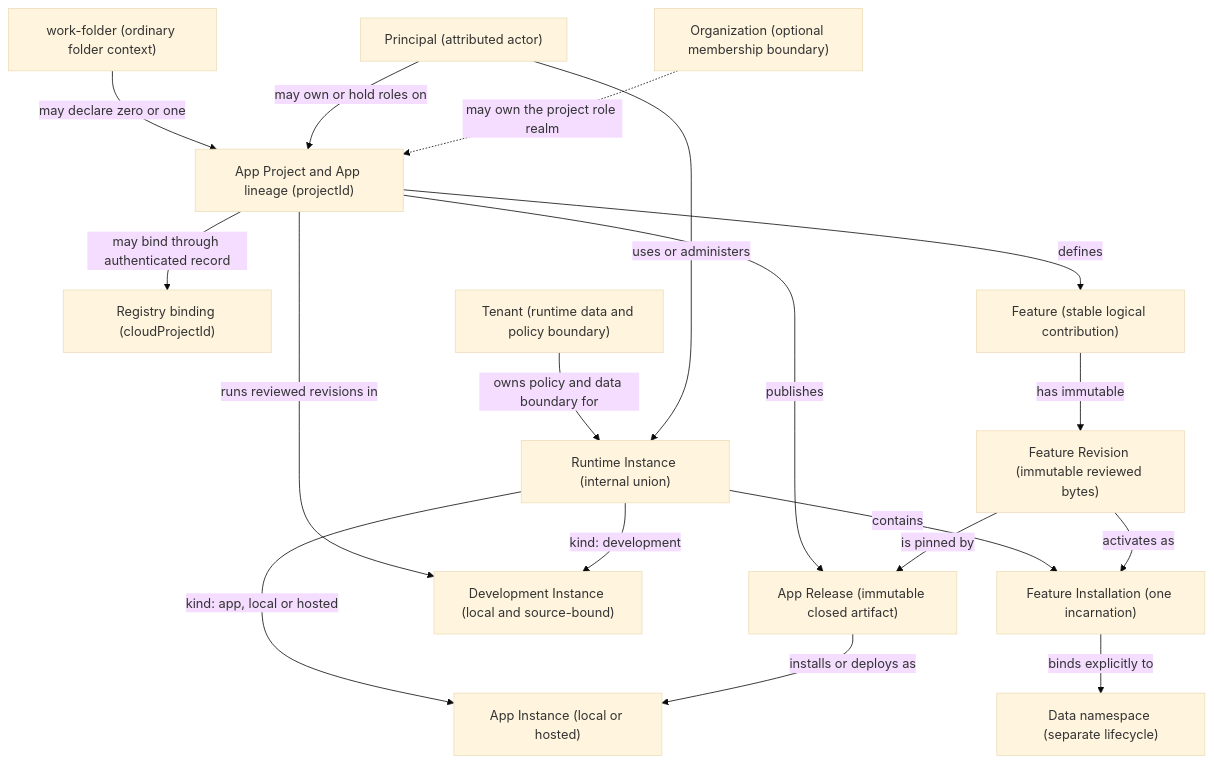
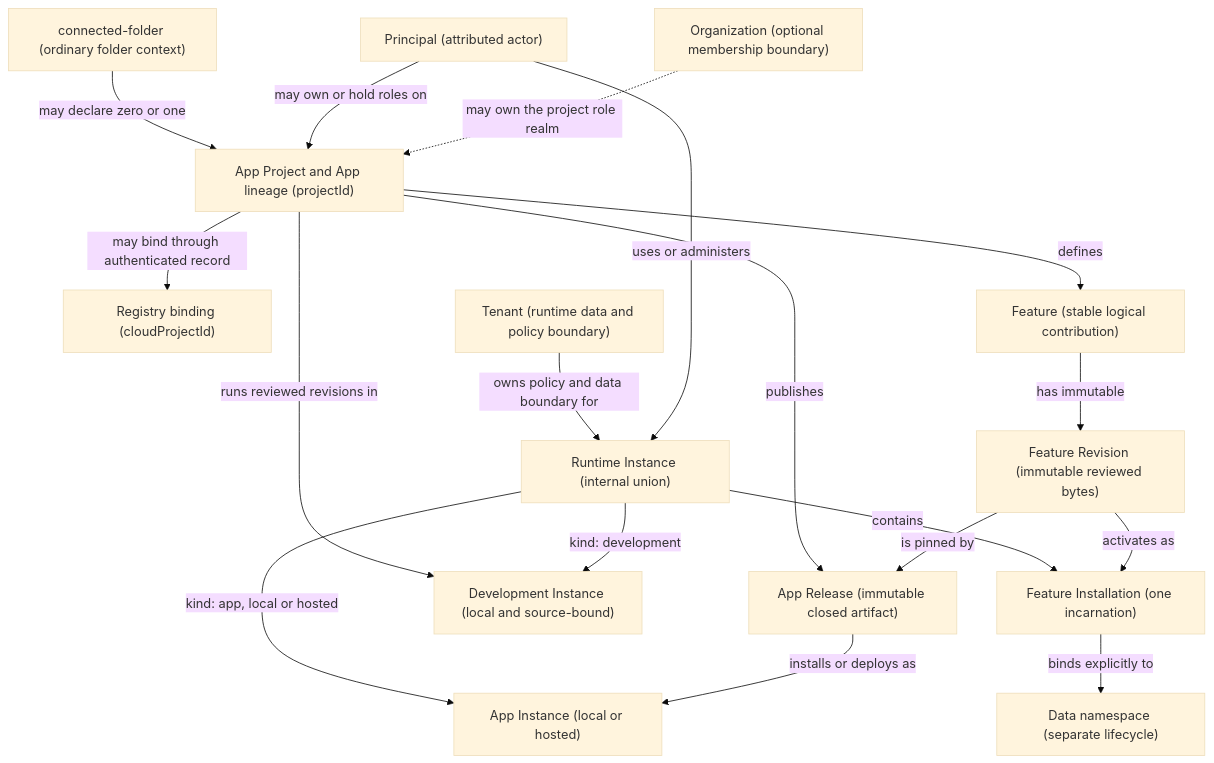
The diagram in docs/app-platform-ontology.md (Mat-Tom-Son/amplefile), drawn with Mermaid (base theme) before and after one commit. The commit also changed other lines of this file and 1047 other files, not shown here.

First line of the commit message:
Rename work-fold to AmpleFile and work-folder to Connected Folder

````diff
--- a/docs/app-platform-ontology.md
+++ b/docs/app-platform-ontology.md
@@ -39,35 +39,35 @@
 ```mermaid
 flowchart TB
-    WorkFolder["work-folder (ordinary folder context)"]
+    ConnectedFolder["connected-folder (ordinary folder context)"]
     Project["App Project and App lineage (projectId)"]
     Registry["Registry binding (cloudProjectId)"]
     Feature["Feature (stable logical contribution)"]
     Revision["Feature Revision (immutable reviewed bytes)"]
     Release["App Release (immutable closed artifact)"]
     Runtime["Runtime Instance (internal union)"]
     Dev["Development Instance (local and source-bound)"]
     Instance["App Instance (local or hosted)"]
     Install["Feature Installation (one incarnation)"]
     Data["Data namespace (separate lifecycle)"]
     Tenant["Tenant (runtime data and policy boundary)"]
     Principal["Principal (attributed actor)"]
     Org["Organization (optional membership boundary)"]
 
-    WorkFolder -->|"may declare zero or one"| Project
+    ConnectedFolder -->|"may declare zero or one"| Project
     Project -->|"may bind through authenticated record"| Registry
     Project -->|"defines"| Feature
     Feature -->|"has immutable"| Revision
     Project -->|"runs reviewed revisions in"| Dev
     Project -->|"publishes"| Release
     Revision -->|"is pinned by"| Release
     Runtime -->|"kind: development"| Dev
     Runtime -->|"kind: app, local or hosted"| Instance
     Runtime -->|"contains"| Install
     Revision -->|"activates as"| Install
     Install -->|"binds explicitly to"| Data
     Release -->|"installs or deploys as"| Instance
     Tenant -->|"owns policy and data boundary for"| Runtime
     Principal -->|"may own or hold roles on"| Project
     Org -. "may own the project role realm" .-> Project
     Principal -->|"uses or administers"| Runtime
 ```
````
